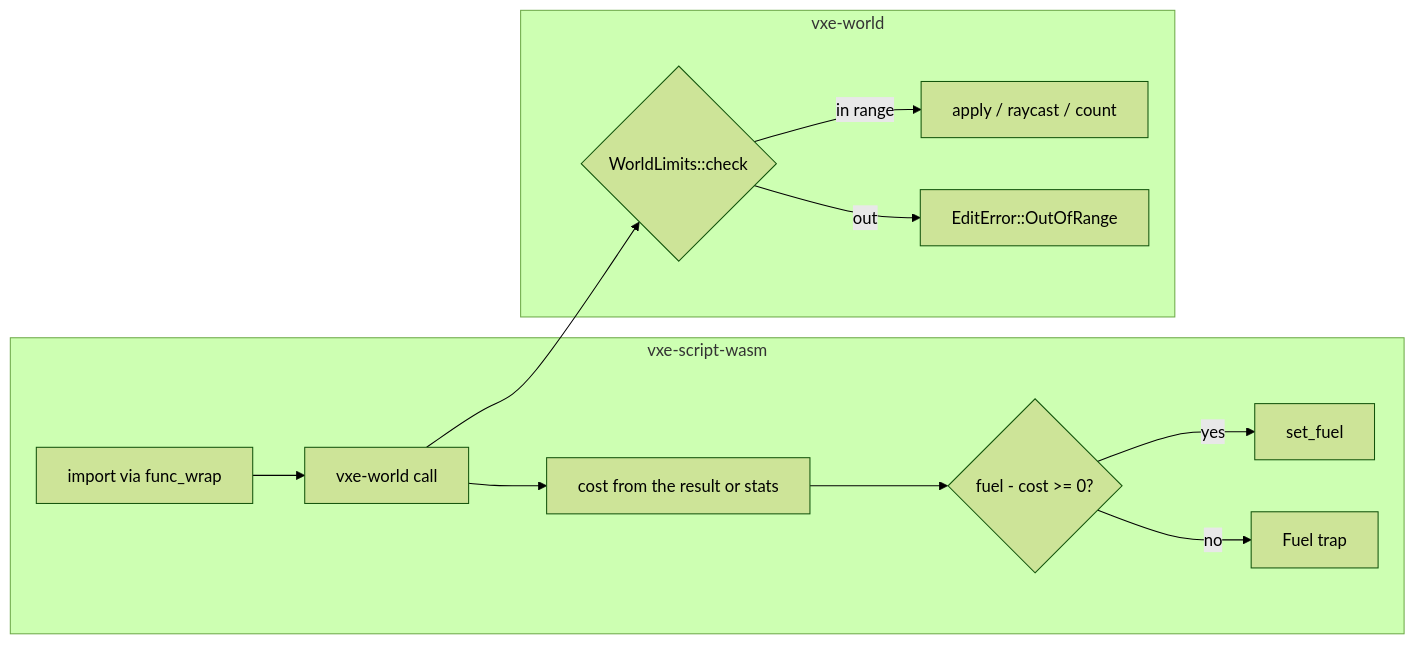
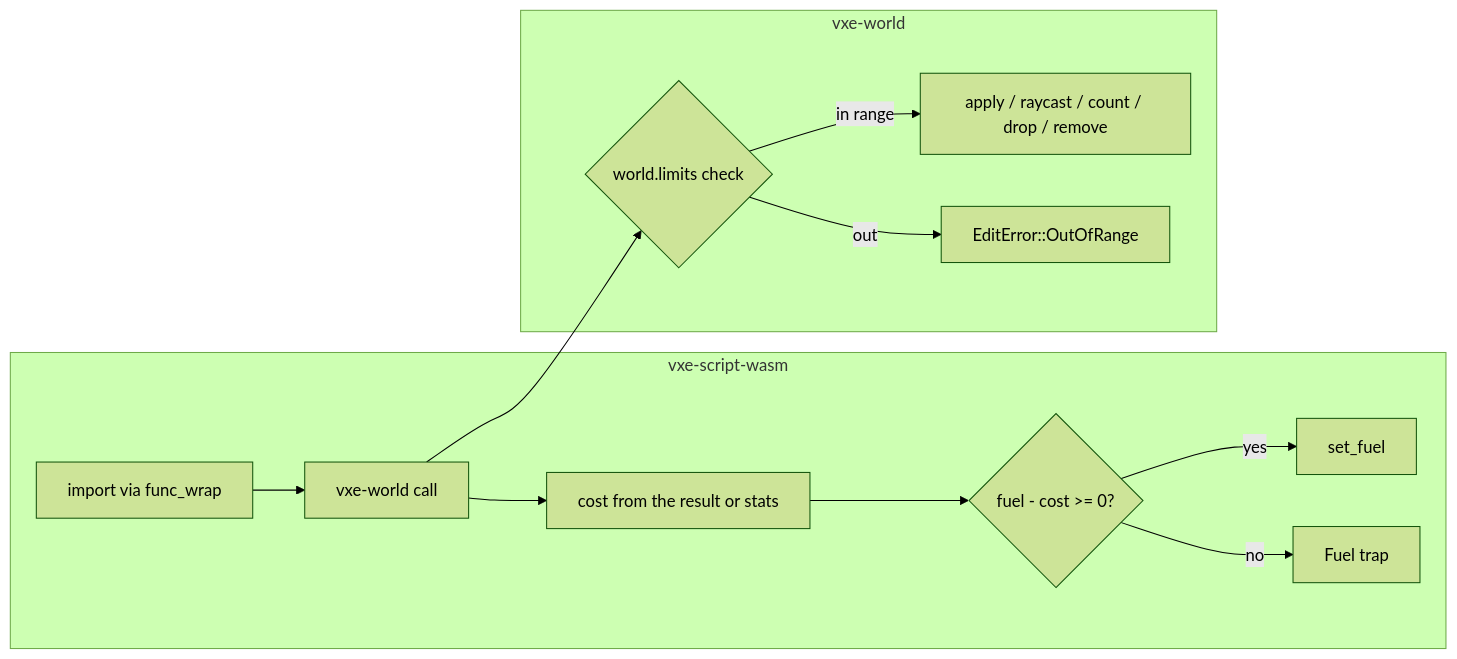
One commit to IgorKonovalov/voxel-engine changed the diagram in docs/plans/0019-metered-host-calls-and-shape-range-checks.md. Above: the diagram before and after it, drawn with Mermaid (forest theme). The commit also changed other lines of this file, not shown here.

````diff
--- a/docs/plans/0019-metered-host-calls-and-shape-range-checks.md
+++ b/docs/plans/0019-metered-host-calls-and-shape-range-checks.md
@@ -65,15 +146,15 @@
 ```mermaid
 flowchart LR
     subgraph vxe-script-wasm
         I[import via func_wrap] --> V[vxe-world call]
         V --> C[cost from the result or stats]
         C --> F{fuel - cost >= 0?}
         F -->|yes| S[set_fuel]
         F -->|no| T[Fuel trap]
     end
     subgraph vxe-world
-        V --> L{WorldLimits::check}
-        L -->|in range| A[apply / raycast / count]
+        V --> L{world.limits check}
+        L -->|in range| A[apply / raycast / count / drop / remove]
         L -->|out| E[EditError::OutOfRange]
     end
 ```
````
